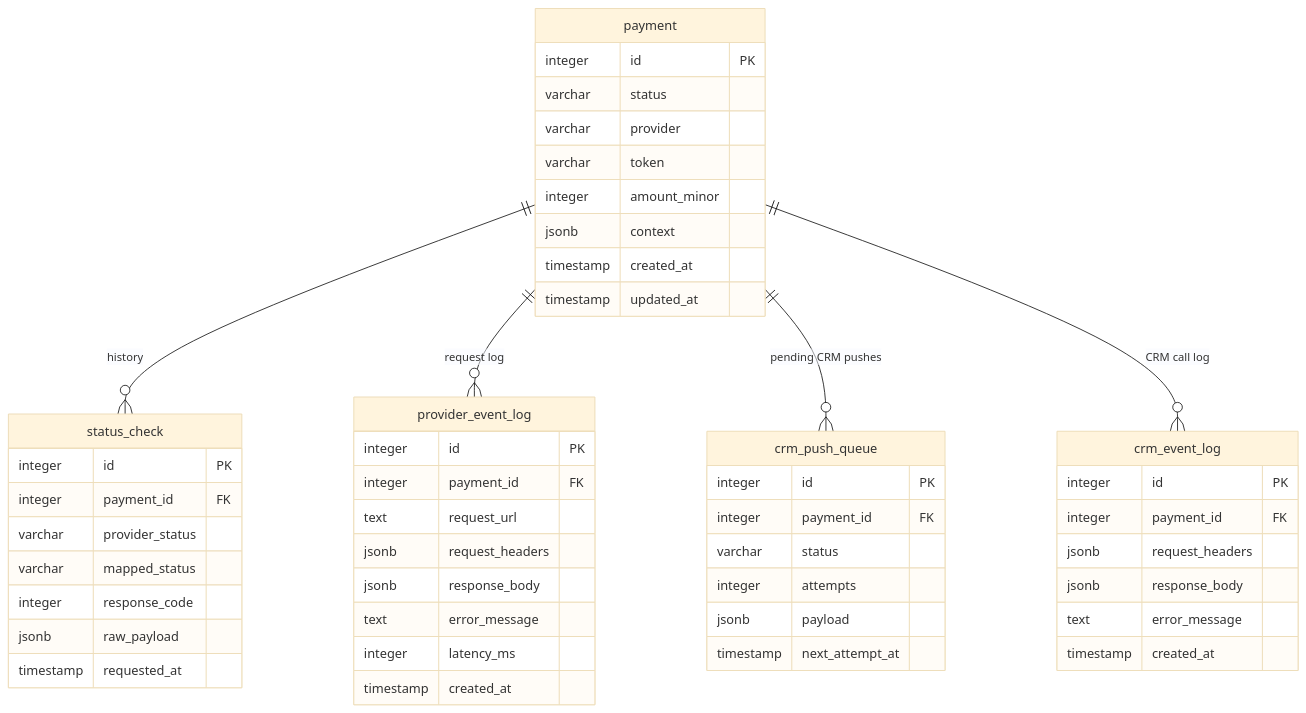
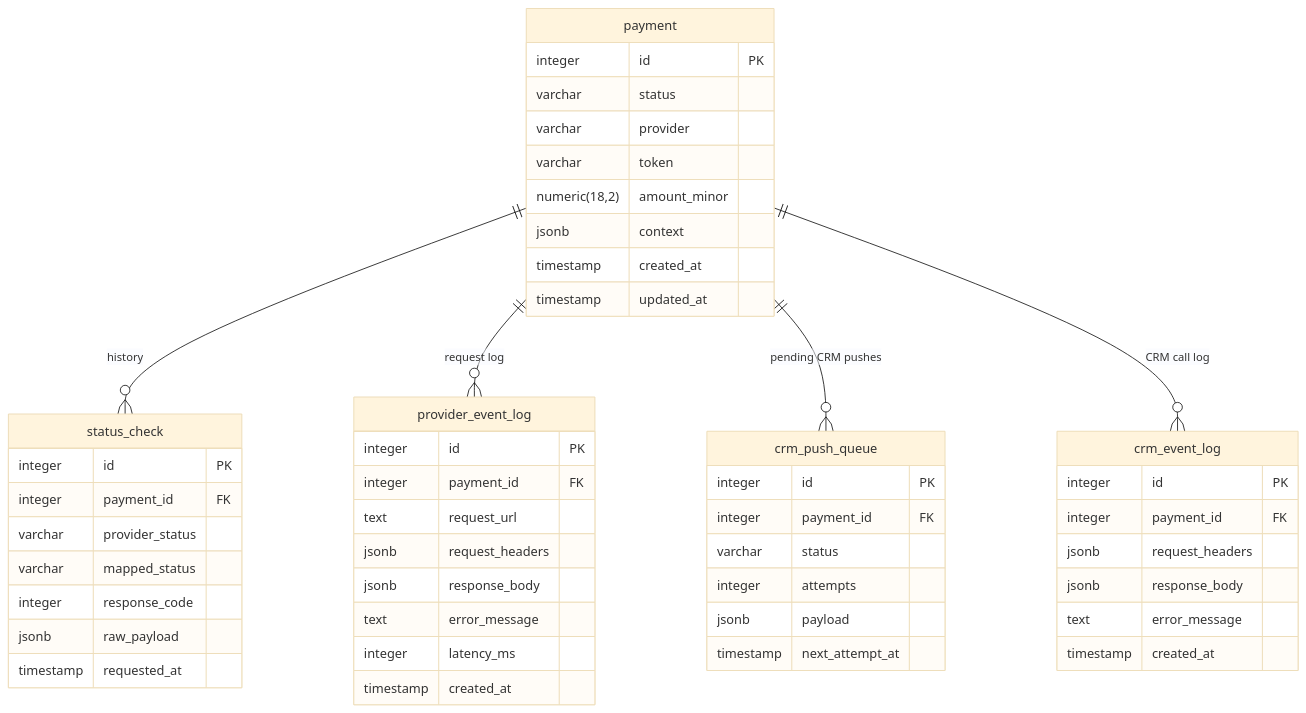
The fourth of 4 diagrams in README.md (carlosSepher/ninja-payments-reconciler), drawn with Mermaid (base theme) before and after one commit. The commit also changed other lines of this file and 2 other files, not shown here.

Commit message:
cambio tipo de dato amount

````diff
--- a/README.md
+++ b/README.md
@@ -87,57 +87,57 @@
 ```mermaid
 erDiagram
     payment ||--o{ status_check : "history"
     payment ||--o{ provider_event_log : "request log"
     payment ||--o{ crm_push_queue : "pending CRM pushes"
     payment ||--o{ crm_event_log : "CRM call log"
 
     payment {
         integer id PK
         varchar status
         varchar provider
         varchar token
-        integer amount_minor
+        numeric(18,2) amount_minor
         jsonb context
         timestamp created_at
         timestamp updated_at
     }
 
     status_check {
         integer id PK
         integer payment_id FK
         varchar provider_status
         varchar mapped_status
         integer response_code
         jsonb raw_payload
         timestamp requested_at
     }
 
     provider_event_log {
         integer id PK
         integer payment_id FK
         text request_url
         jsonb request_headers
         jsonb response_body
         text error_message
         integer latency_ms
         timestamp created_at
     }
 
     crm_push_queue {
         integer id PK
         integer payment_id FK
         varchar status
         integer attempts
         jsonb payload
         timestamp next_attempt_at
     }
 
     crm_event_log {
         integer id PK
         integer payment_id FK
         jsonb request_headers
         jsonb response_body
         text error_message
         timestamp created_at
     }
 ```
````
